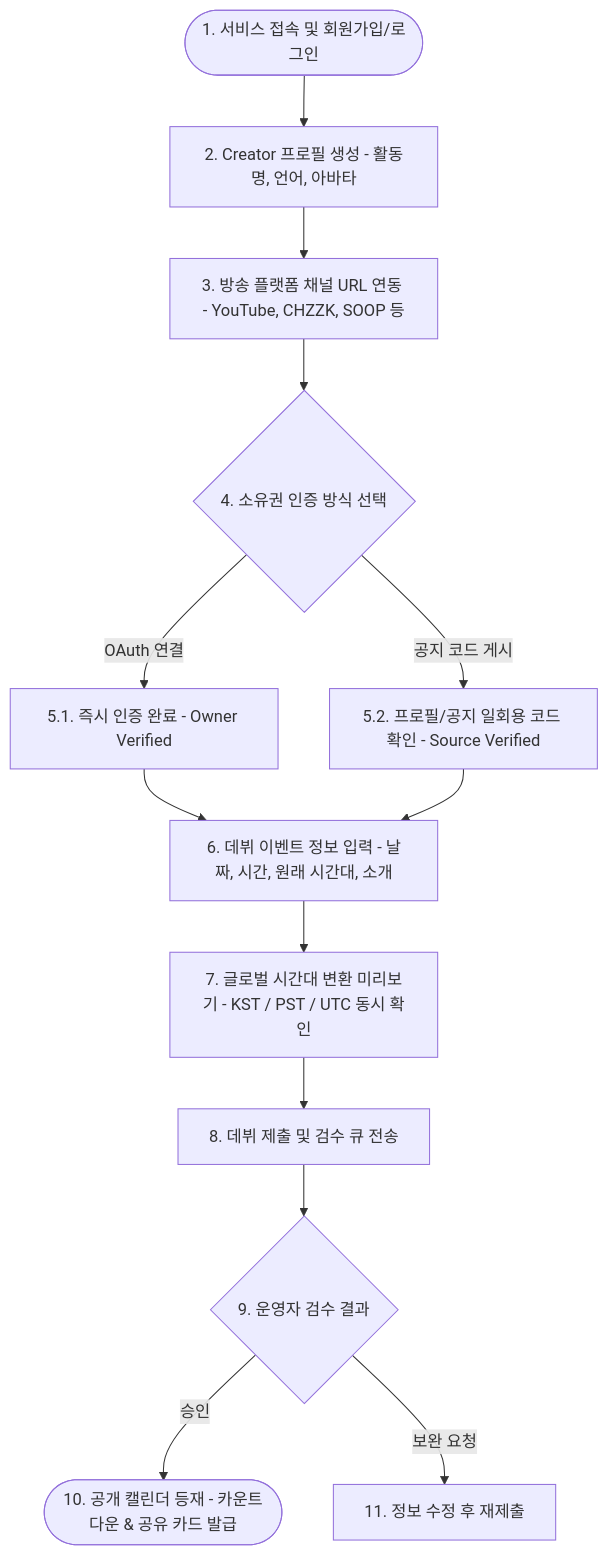
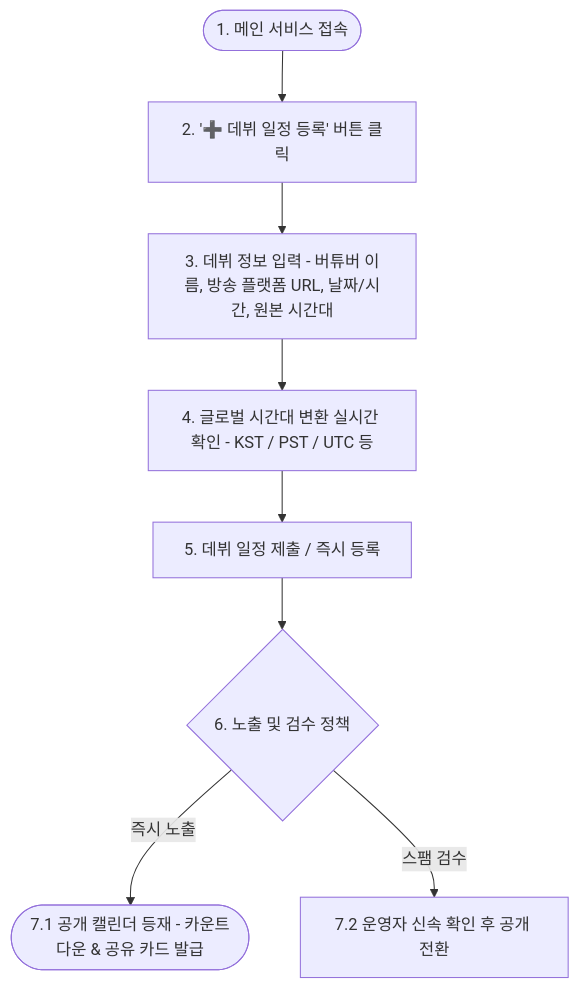
One commit to Ji-ChangKim/StreamingService changed the first of 4 diagrams in 1. 기획문서/USER_FLOW.md. Above: the diagram before and after it, drawn with Mermaid. The commit also changed other lines of this file and 42 other files, not shown here.

````diff
--- a/1. 기획문서/USER_FLOW.md
+++ b/1. 기획문서/USER_FLOW.md
@@ -13,19 +13,11 @@
 ```mermaid
 graph TD
-    Start([1. 서비스 접속 및 회원가입/로그인]) --> CreateProfile[2. Creator 프로필 생성 - 활동명, 언어, 아바타]
-    CreateProfile --> LinkPlatform[3. 방송 플랫폼 채널 URL 연동 - YouTube, CHZZK, SOOP 등]
-    LinkPlatform --> Verification{4. 소유권 인증 방식 선택}
+    Start([1. 메인 서비스 접속]) --> ClickSubmit[2. '➕ 데뷔 일정 등록' 버튼 클릭]
+    ClickSubmit --> InputInfo[3. 데뷔 정보 입력 - 버튜버 이름, 방송 플랫폼 URL, 날짜/시간, 원본 시간대]
+    InputInfo --> PreviewTZ[4. 글로벌 시간대 변환 실시간 확인 - KST / PST / UTC 등]
+    PreviewTZ --> Submit[5. 데뷔 일정 제출 / 즉시 등록]
+    Submit --> ReviewResult{6. 노출 및 검수 정책}
     
-    Verification -->|OAuth 연결| OAuthDone[5.1. 즉시 인증 완료 - Owner Verified]
-    Verification -->|공지 코드 게시| CodeCheck[5.2. 프로필/공지 일회용 코드 확인 - Source Verified]
-    
-    OAuthDone --> InputEvent[6. 데뷔 이벤트 정보 입력 - 날짜, 시간, 원래 시간대, 소개]
-    CodeCheck --> InputEvent
-    
-    InputEvent --> PreviewTZ[7. 글로벌 시간대 변환 미리보기 - KST / PST / UTC 동시 확인]
-    PreviewTZ --> Submit[8. 데뷔 제출 및 검수 큐 전송]
-    Submit --> ReviewResult{9. 운영자 검수 결과}
-    
-    ReviewResult -->|승인| Published([10. 공개 캘린더 등재 - 카운트다운 & 공유 카드 발급])
-    ReviewResult -->|보완 요청| EditDraft[11. 정보 수정 후 재제출]
+    ReviewResult -->|즉시 노출| Published([7.1 공개 캘린더 등재 - 카운트다운 & 공유 카드 발급])
+    ReviewResult -->|스팸 검수| ReviewQueue[7.2 운영자 신속 확인 후 공개 전환]
 ```
````
